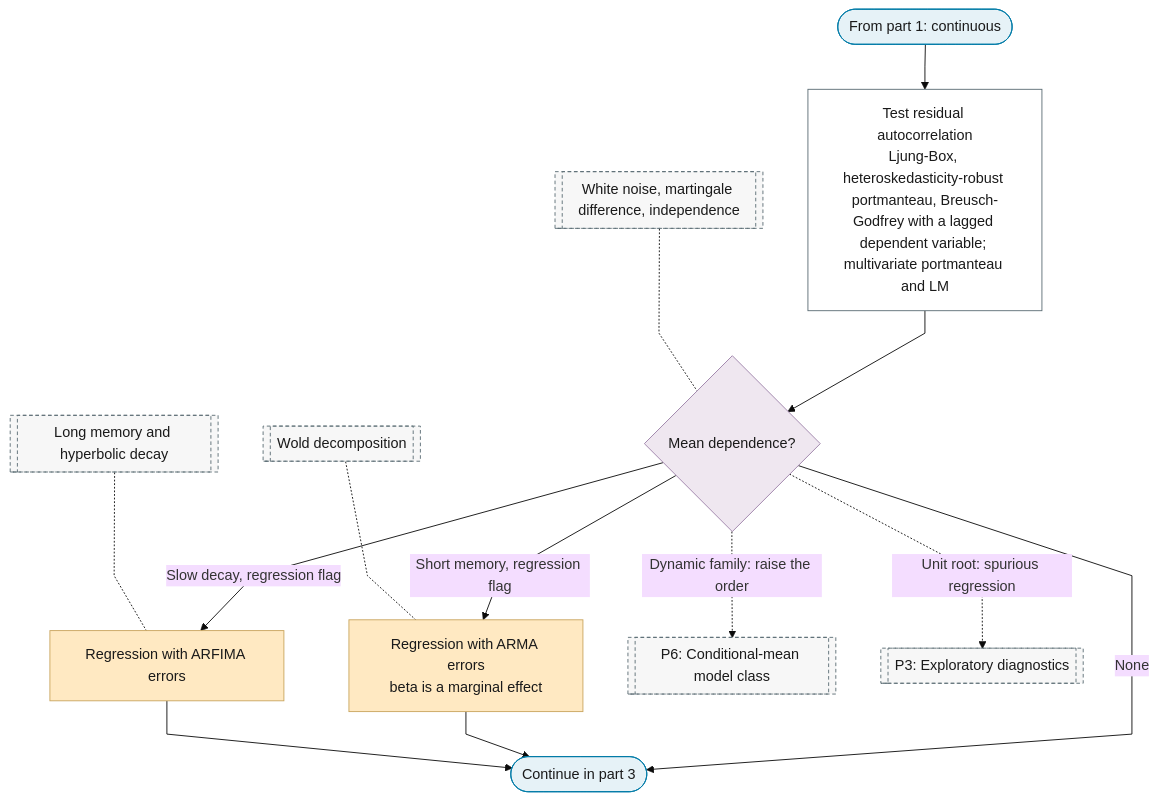
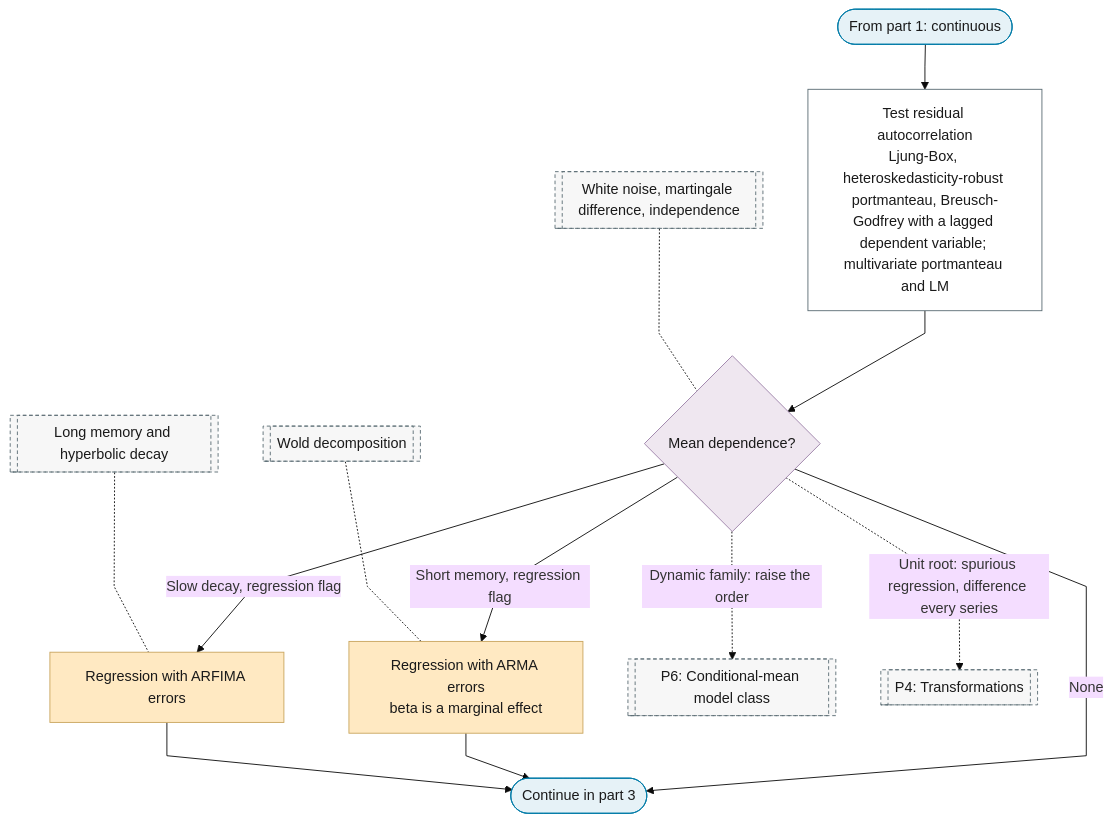
One commit to Shuxin-Y/time-series-analysis-manual changed the second of 5 diagrams in docs/01-workflow/p07-error-process.md. Above: the diagram before and after it, drawn with Mermaid (base theme). The commit also changed other lines of this file and 6 other files, not shown here.

````diff
--- a/docs/01-workflow/p07-error-process.md
+++ b/docs/01-workflow/p07-error-process.md
@@ -45,28 +45,28 @@
 ```mermaid
 %%{init: {"flowchart": {"curve": "linear"}}}%%
 graph TD
     P7_PART_2_IN(["From part 1: continuous"]) --> P7_MEAN_TESTS["Test residual autocorrelation<br/>Ljung-Box, heteroskedasticity-robust portmanteau, Breusch-Godfrey with a lagged dependent variable; multivariate portmanteau and LM"]
     P7_MEAN_TESTS --> P7_MEAN_DEP{"Mean dependence?"}
     P7_MEAN_DEP -->|"None"| P7_TO_PART_3
     P7_MEAN_DEP -->|"Short memory, regression flag"| P7_ARMA_ERRORS["Regression with ARMA errors<br/>beta is a marginal effect"]
     P7_MEAN_DEP -->|"Slow decay, regression flag"| P7_ARFIMA_ERRORS["Regression with ARFIMA errors"]
     P7_MEAN_DEP -.->|"Dynamic family: raise the order"| P6[["P6: Conditional-mean model class"]]
-    P7_MEAN_DEP -.->|"Unit root: spurious regression"| P3[["P3: Exploratory diagnostics"]]
+    P7_MEAN_DEP -.->|"Unit root: spurious regression, difference every series"| P4[["P4: Transformations"]]
     P7_ARMA_ERRORS & P7_ARFIMA_ERRORS --> P7_TO_PART_3(["Continue in part 3"])
     F_WHITE_NOISE[["White noise, martingale difference, independence"]] -.- P7_MEAN_DEP
     F_WOLD[["Wold decomposition"]] -.- P7_ARMA_ERRORS
     F_LONG_MEMORY[["Long memory and hyperbolic decay"]] -.- P7_ARFIMA_ERRORS
     class P7_PART_2_IN,P7_TO_PART_3 terminator
     class P7_MEAN_DEP decision
     class P7_MEAN_TESTS process
     class P7_ARMA_ERRORS,P7_ARFIMA_ERRORS escalate
-    class P6,P3,F_WHITE_NOISE,F_WOLD,F_LONG_MEMORY ref
+    class P6,P4,F_WHITE_NOISE,F_WOLD,F_LONG_MEMORY ref
     classDef terminator fill:#E6F2F7,stroke:#007BA7,color:#1A1A1A;
     classDef process fill:#FFFFFF,stroke:#5A6B73,color:#1A1A1A;
     classDef decision fill:#EFE7F0,stroke:#9B7FA7,color:#1A1A1A;
     classDef data fill:#FFF4E0,stroke:#C9A55E,color:#1A1A1A;
     classDef good fill:#DCEFD8,stroke:#4A7A3F,color:#1A1A1A;
     classDef escalate fill:#FFE9C2,stroke:#C9A55E,color:#1A1A1A;
     classDef problem fill:#F2D9DE,stroke:#800020,color:#1A1A1A;
     classDef ref fill:#F7F7F7,stroke:#5A6B73,color:#1A1A1A,stroke-dasharray:4 3;
 ```
````
